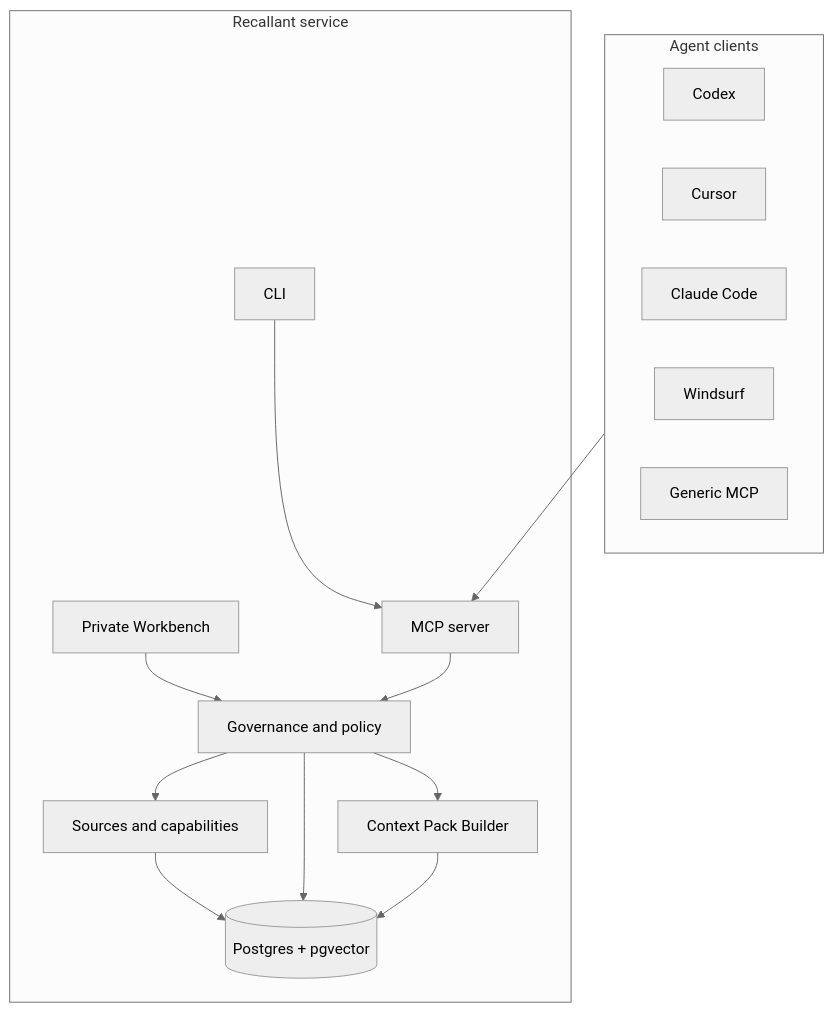
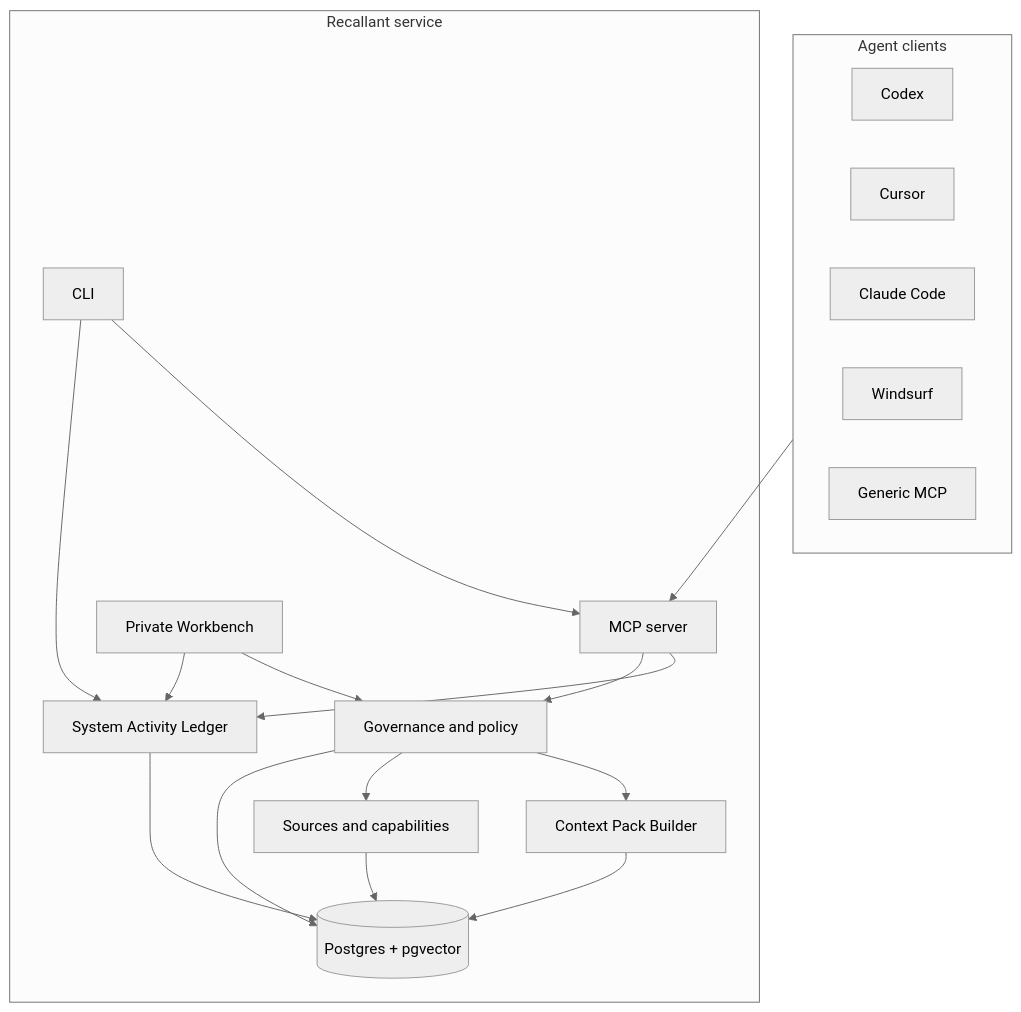
Before and after one commit to Mushkrot/Recallant: the diagram in docs/ARCHITECTURE.md, drawn with Mermaid (neutral theme). The commit also changed other lines of this file and 24 other files, not shown here.

Commit message:
Add system activity audit ledger

````diff
--- a/docs/ARCHITECTURE.md
+++ b/docs/ARCHITECTURE.md
@@ -9,30 +9,35 @@
 ```mermaid
 flowchart TB
   subgraph Clients["Agent clients"]
     Codex
     Cursor
     Claude["Claude Code"]
     Windsurf
     Generic["Generic MCP"]
   end
 
   subgraph Recallant["Recallant service"]
     CLI["CLI"]
     MCP["MCP server"]
     Workbench["Private Workbench"]
     Policy["Governance and policy"]
     Context["Context Pack Builder"]
     Sources["Sources and capabilities"]
+    Audit["System Activity Ledger"]
     Store[(Postgres + pgvector)]
   end
 
   Clients --> MCP
   CLI --> MCP
   Workbench --> Policy
+  CLI --> Audit
+  MCP --> Audit
+  Workbench --> Audit
   MCP --> Policy
   Policy --> Context
   Policy --> Sources
   Sources --> Store
   Policy --> Store
+  Audit --> Store
   Context --> Store
 ```
````
